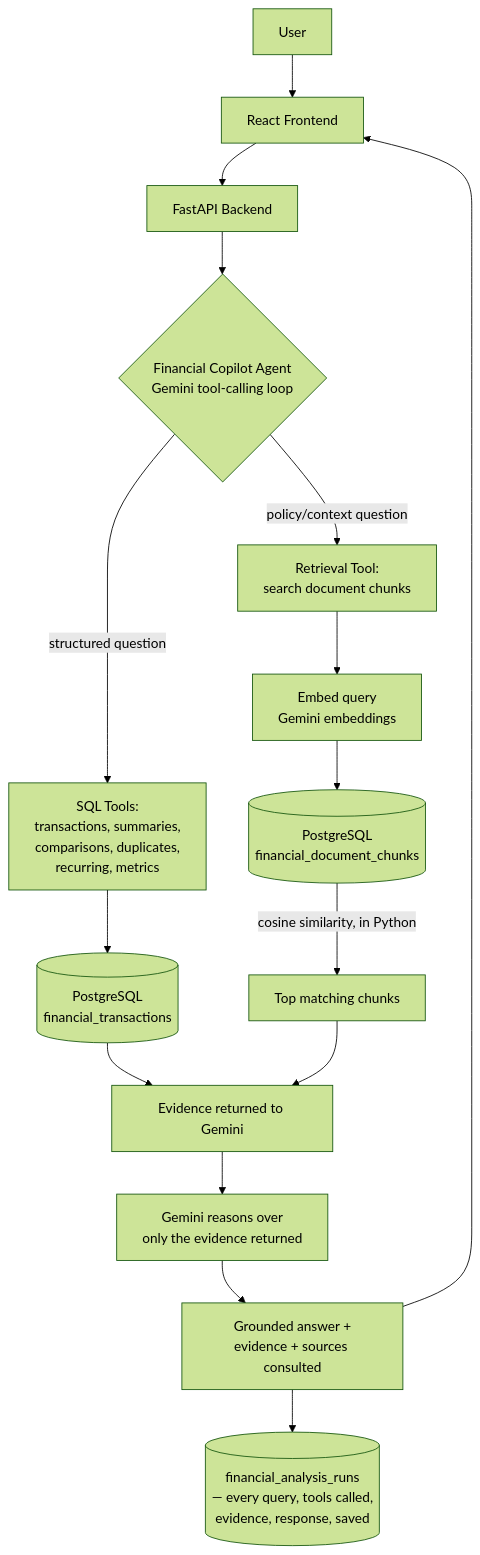
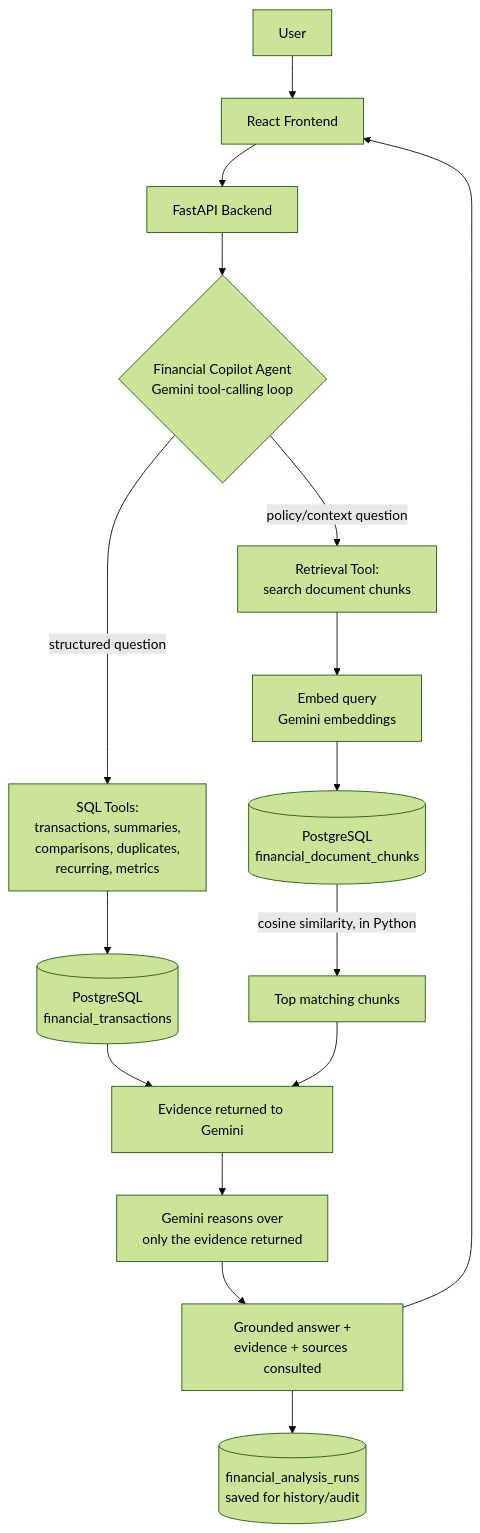
One commit to Diw696/MoneyOpsAI changed the diagram in README.md. Above: the diagram before and after it, drawn with Mermaid (forest theme). The commit also changed other lines of this file, not shown here.

````diff
--- a/README.md
+++ b/README.md
@@ -63,23 +36,23 @@
 ```mermaid
 flowchart TD
     U[User] --> FE[React Frontend]
     FE --> API[FastAPI Backend]
 
     API --> ORCH{Financial Copilot Agent<br/>Gemini tool-calling loop}
 
     ORCH -->|structured question| TOOLS1[SQL Tools:<br/>transactions, summaries,<br/>comparisons, duplicates,<br/>recurring, metrics]
     ORCH -->|policy/context question| TOOLS2[Retrieval Tool:<br/>search document chunks]
 
     TOOLS1 --> PG[(PostgreSQL<br/>financial_transactions)]
     TOOLS2 --> EMB[Embed query<br/>Gemini embeddings]
     EMB --> CHUNKS[(PostgreSQL<br/>financial_document_chunks)]
     CHUNKS -->|cosine similarity, in Python| RANKED[Top matching chunks]
 
     PG --> EVID[Evidence returned to Gemini]
     RANKED --> EVID
 
     EVID --> GEMINI[Gemini reasons over<br/>only the evidence returned]
     GEMINI --> ANSWER[Grounded answer +<br/>evidence + sources consulted]
-    ANSWER --> RUN[(financial_analysis_runs<br/>— every query, tools called,<br/>evidence, response, saved)]
+    ANSWER --> RUN[(financial_analysis_runs<br/>saved for history/audit)]
     ANSWER --> FE
 ```
````
